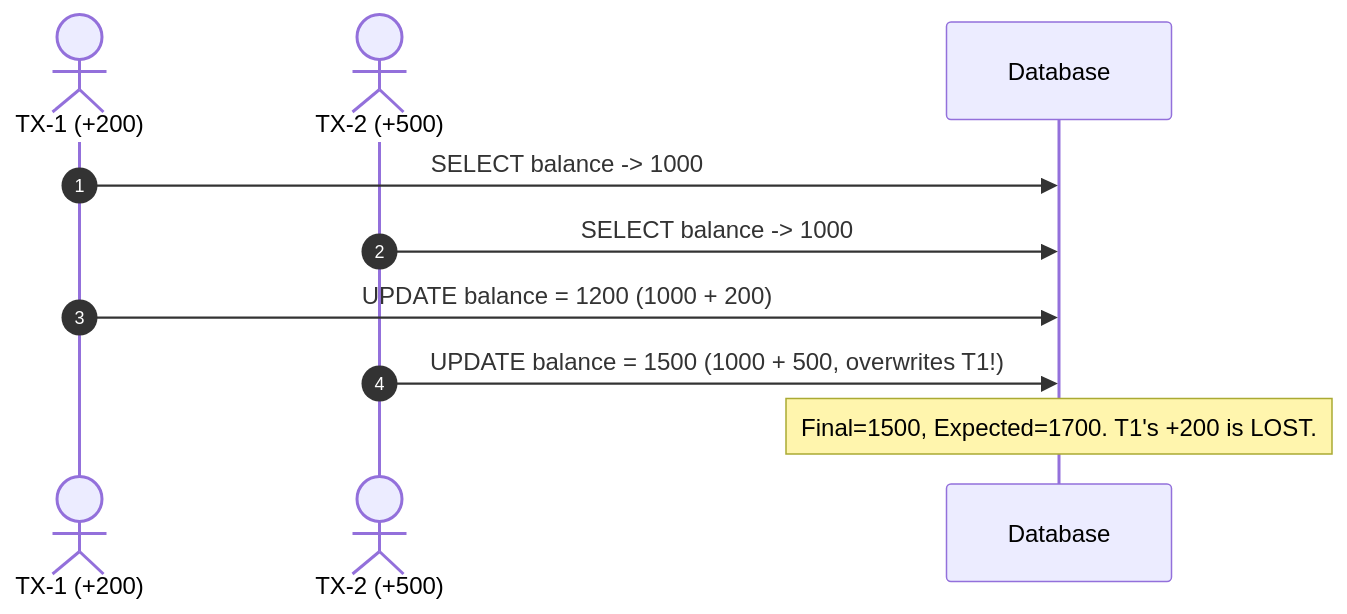
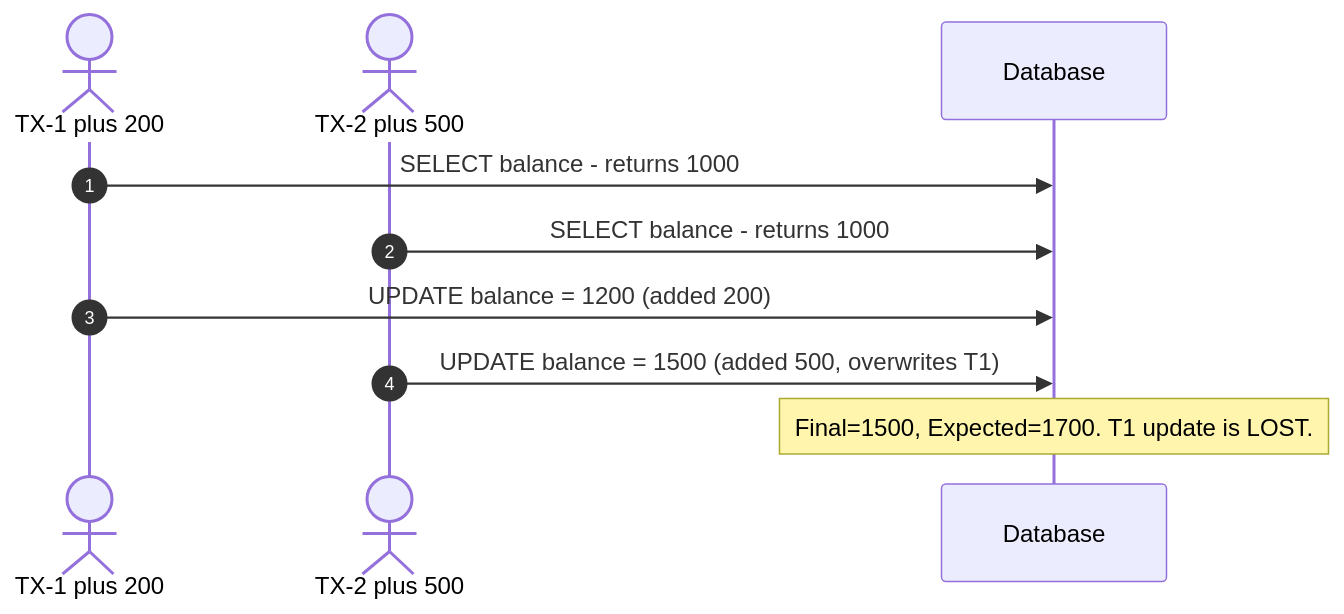
Diagram 11 of 12 in README.md (Jatinghataliya/database-locking), drawn with Mermaid before and after one commit. The commit also changed other lines of this file, not shown here.

First line of the commit message:
fix: remove all invalid Mermaid syntax from README diagrams

````diff
--- a/README.md
+++ b/README.md
@@ -442,13 +442,13 @@
 ```mermaid
 sequenceDiagram
     autonumber
-    actor T1 as TX-1 (+200)
-    actor T2 as TX-2 (+500)
+    actor T1 as TX-1 plus 200
+    actor T2 as TX-2 plus 500
     participant DB as Database
 
-    T1->>DB: SELECT balance -> 1000
-    T2->>DB: SELECT balance -> 1000
-    T1->>DB: UPDATE balance = 1200  (1000 + 200)
-    T2->>DB: UPDATE balance = 1500  (1000 + 500, overwrites T1!)
-    Note over DB: Final=1500, Expected=1700. T1's +200 is LOST.
+    T1->>DB: SELECT balance - returns 1000
+    T2->>DB: SELECT balance - returns 1000
+    T1->>DB: UPDATE balance = 1200 (added 200)
+    T2->>DB: UPDATE balance = 1500 (added 500, overwrites T1)
+    Note over DB: Final=1500, Expected=1700. T1 update is LOST.
 ```
````
